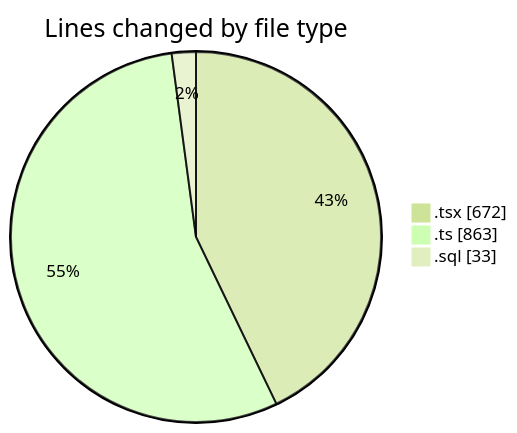
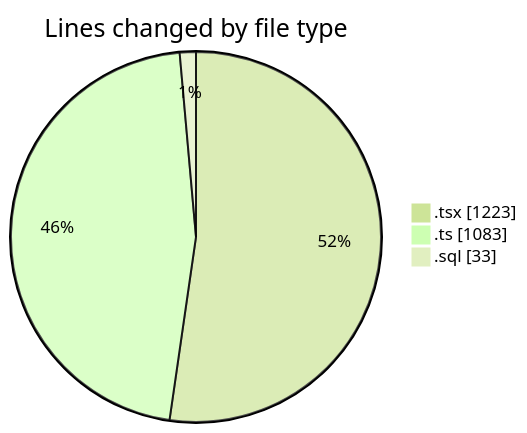
The first of 2 diagrams in 2025-09-05/hiai-phf/README.md (lephambinh05/code-tracking), drawn with Mermaid (forest theme) before and after one commit. The commit also changed other lines of this file and 1 other file, not shown here.

````diff
--- a/2025-09-05/hiai-phf/README.md
+++ b/2025-09-05/hiai-phf/README.md
@@ -35,7 +42,7 @@
 ```mermaid
 pie showData
 title Lines changed by file type
-".tsx" : 672
-".ts" : 863
+".tsx" : 1223
+".ts" : 1083
 ".sql" : 33
 ```
````
